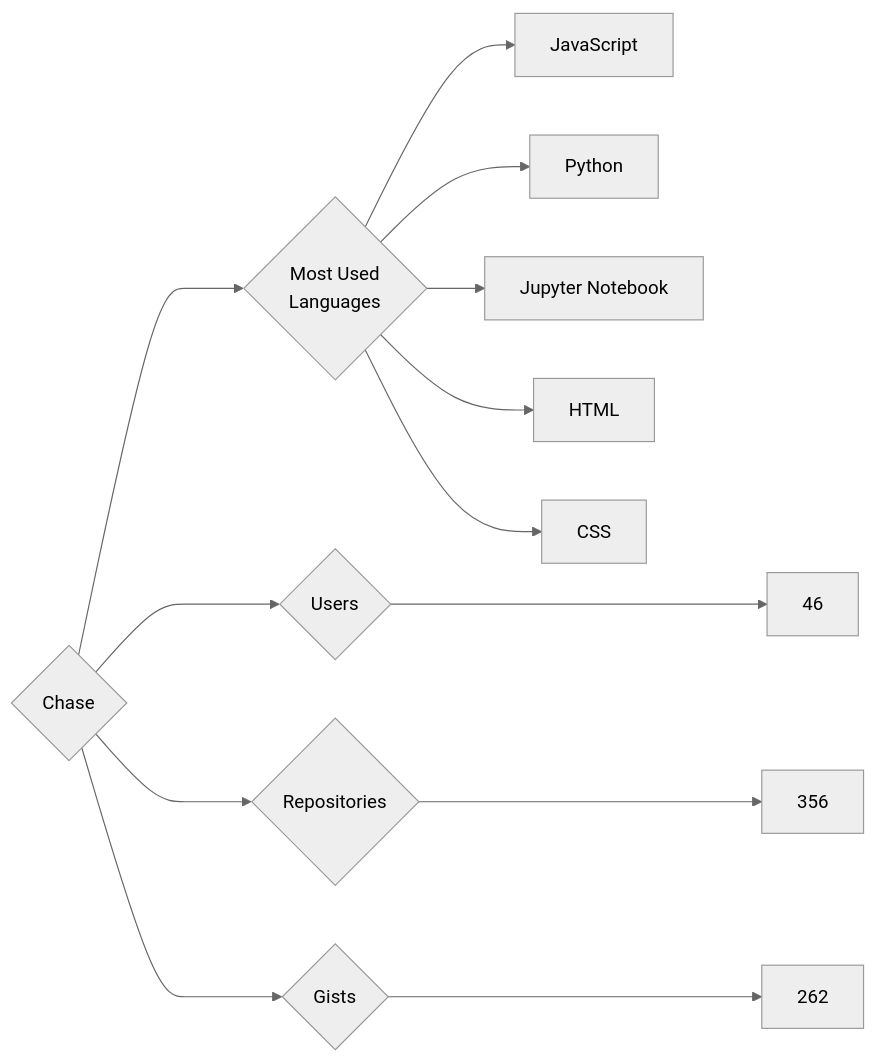
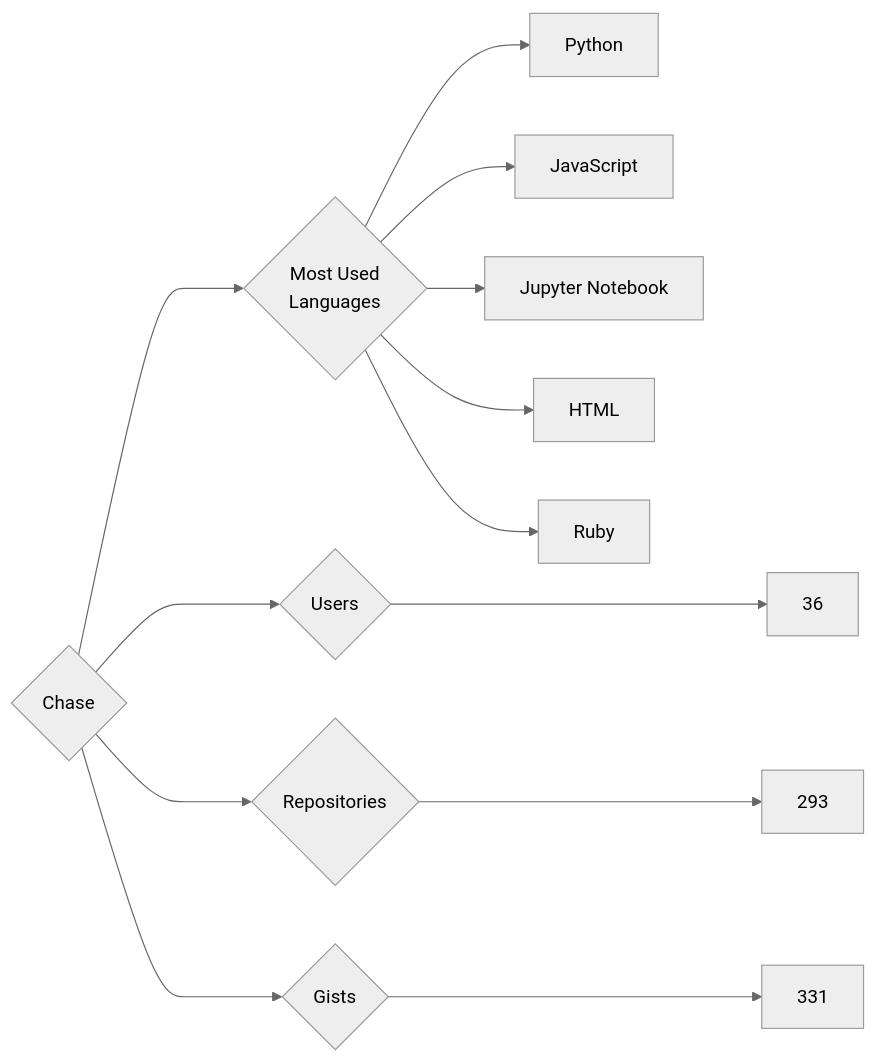
One commit to trickest/insiders changed the diagram in targets/Chase/README.md. Above: the diagram before and after it, drawn with Mermaid (neutral theme). The commit also changed 930 other files, not shown here.

````diff
--- a/targets/Chase/README.md
+++ b/targets/Chase/README.md
@@ -3,13 +3,13 @@
 ```mermaid
 graph LR
 COMPANY_NAME{Chase}
-COMPANY_NAME ---> U{Users} ---> UN[46]
-COMPANY_NAME ---> R{Repositories} ---> RN[356]
-COMPANY_NAME ---> G{Gists} ---> GN[262]
+COMPANY_NAME ---> U{Users} ---> UN[36]
+COMPANY_NAME ---> R{Repositories} ---> RN[293]
+COMPANY_NAME ---> G{Gists} ---> GN[331]
 COMPANY_NAME ---> ML{Most Used<br>Languages}
+ML --> Python[Python]
 ML --> JavaScript[JavaScript]
-ML --> Python[Python]
 ML --> Jupyter_Notebook[Jupyter Notebook]
 ML --> HTML[HTML]
-ML --> CSS[CSS]
+ML --> Ruby[Ruby]
 ```
````
